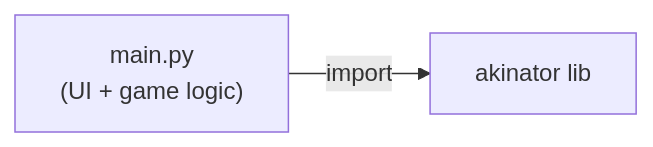
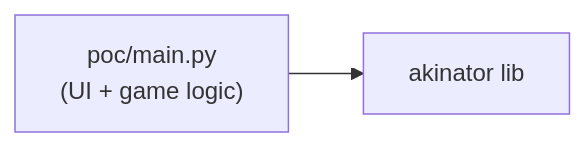
One commit to yamcodes/akin changed the first of 4 diagrams in README.md. Above: the diagram before and after it, drawn with Mermaid. The commit also changed other lines of this file and 41 other files, not shown here.

````diff
--- a/README.md
+++ b/README.md
@@ -15,4 +51,4 @@
 ```mermaid
 graph LR
-    poc["main.py<br/>(UI + game logic)"] --import--> lib["akinator lib"]
+    poc["poc/main.py<br/>(UI + game logic)"] --> lib["akinator lib"]
 ```
````
